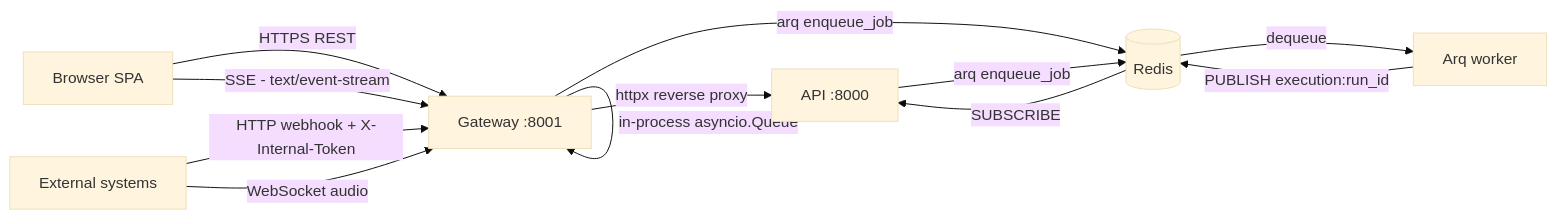
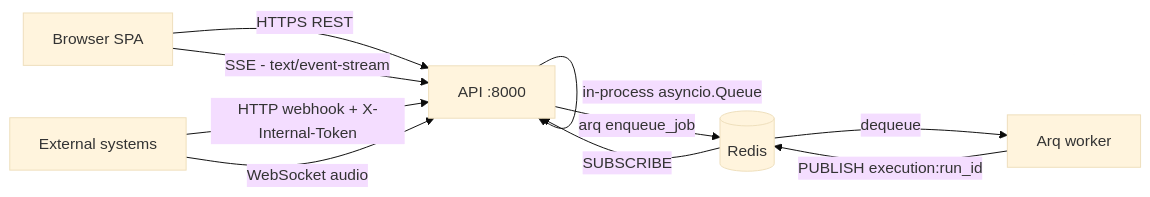
Before and after one commit to gondolerahul/hire-buddha-app: the eighth of 19 diagrams in docs/current/02-system-architecture.md, drawn with Mermaid (base theme). The commit also changed other lines of this file and 61 other files, not shown here.

````diff
--- a/docs/current/02-system-architecture.md
+++ b/docs/current/02-system-architecture.md
@@ -663,21 +628,18 @@
 ```mermaid
 graph LR
     SPA["Browser SPA"]
-    GW["Gateway :8001"]
     API["API :8000"]
     WK["Arq worker"]
     RD[("Redis")]
     EXT["External systems"]
 
-    SPA -->|"HTTPS REST"| GW
-    SPA -->|"SSE - text/event-stream"| GW
-    EXT -->|"HTTP webhook + X-Internal-Token"| GW
-    EXT -->|"WebSocket audio"| GW
-    GW -->|"httpx reverse proxy"| API
-    GW -->|"in-process asyncio.Queue"| GW
-    GW -->|"arq enqueue_job"| RD
+    SPA -->|"HTTPS REST"| API
+    SPA -->|"SSE - text/event-stream"| API
+    EXT -->|"HTTP webhook + X-Internal-Token"| API
+    EXT -->|"WebSocket audio"| API
+    API -->|"in-process asyncio.Queue"| API
     API -->|"arq enqueue_job"| RD
     RD -->|"dequeue"| WK
     WK -->|"PUBLISH execution:run_id"| RD
     RD -->|"SUBSCRIBE"| API
 ```
````
